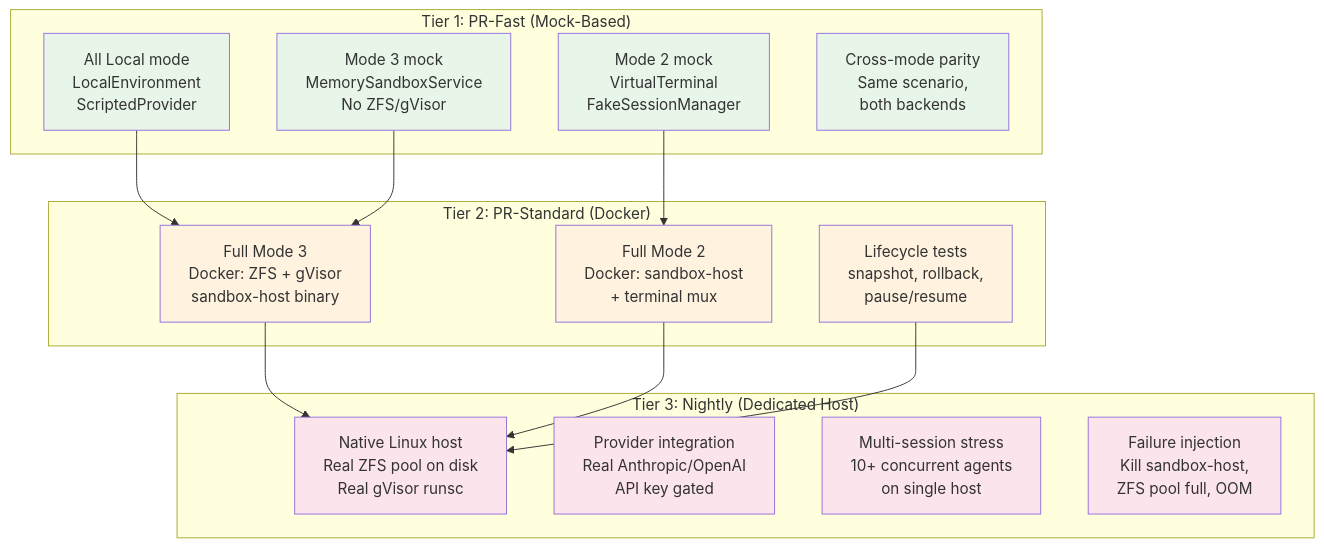
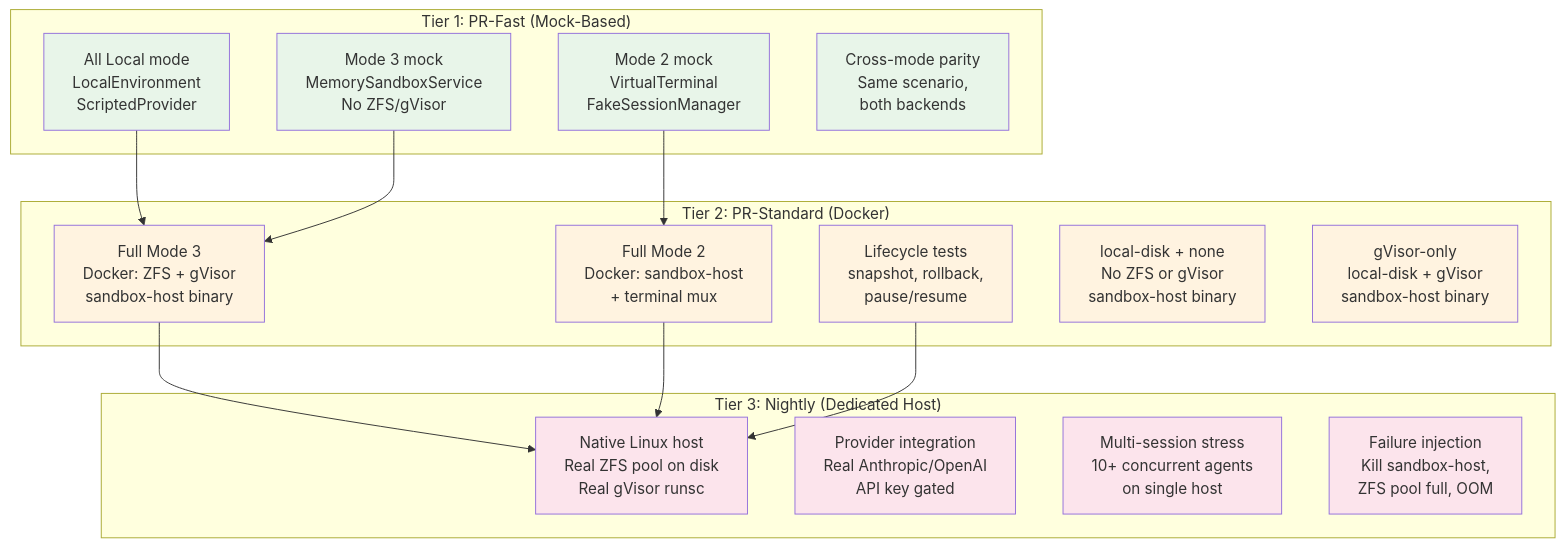
One commit to dcosson/flex-agent-runtime changed the first of 5 diagrams in docs/plans/17-external-testing.md. Above: the diagram before and after it, drawn with Mermaid. The commit also changed other lines of this file and 1 other file, not shown here.

````diff
--- a/docs/plans/17-external-testing.md
+++ b/docs/plans/17-external-testing.md
@@ -275,41 +275,45 @@
 ```mermaid
 graph TD
     subgraph "Tier 1: PR-Fast (Mock-Based)"
         T1A[All Local mode<br/>LocalEnvironment<br/>ScriptedProvider]
         T1B[Mode 3 mock<br/>MemorySandboxService<br/>No ZFS/gVisor]
         T1C[Mode 2 mock<br/>VirtualTerminal<br/>FakeSessionManager]
         T1D[Cross-mode parity<br/>Same scenario,<br/>both backends]
     end
 
     subgraph "Tier 2: PR-Standard (Docker)"
         T2A[Full Mode 3<br/>Docker: ZFS + gVisor<br/>sandbox-host binary]
         T2B[Full Mode 2<br/>Docker: sandbox-host<br/>+ terminal mux]
         T2C[Lifecycle tests<br/>snapshot, rollback,<br/>pause/resume]
+        T2D[local-disk + none<br/>No ZFS or gVisor<br/>sandbox-host binary]
+        T2E[gVisor-only<br/>local-disk + gVisor<br/>sandbox-host binary]
     end
 
     subgraph "Tier 3: Nightly (Dedicated Host)"
         T3A[Native Linux host<br/>Real ZFS pool on disk<br/>Real gVisor runsc]
         T3B[Provider integration<br/>Real Anthropic/OpenAI<br/>API key gated]
         T3C[Multi-session stress<br/>10+ concurrent agents<br/>on single host]
         T3D[Failure injection<br/>Kill sandbox-host,<br/>ZFS pool full, OOM]
     end
 
     T1A --> T2A
     T1B --> T2A
     T1C --> T2B
     T2A --> T3A
     T2B --> T3A
     T2C --> T3A
 
     style T1A fill:#e8f5e9
     style T1B fill:#e8f5e9
     style T1C fill:#e8f5e9
     style T1D fill:#e8f5e9
     style T2A fill:#fff3e0
     style T2B fill:#fff3e0
     style T2C fill:#fff3e0
+    style T2D fill:#fff3e0
+    style T2E fill:#fff3e0
     style T3A fill:#fce4ec
     style T3B fill:#fce4ec
     style T3C fill:#fce4ec
     style T3D fill:#fce4ec
 ```
````
